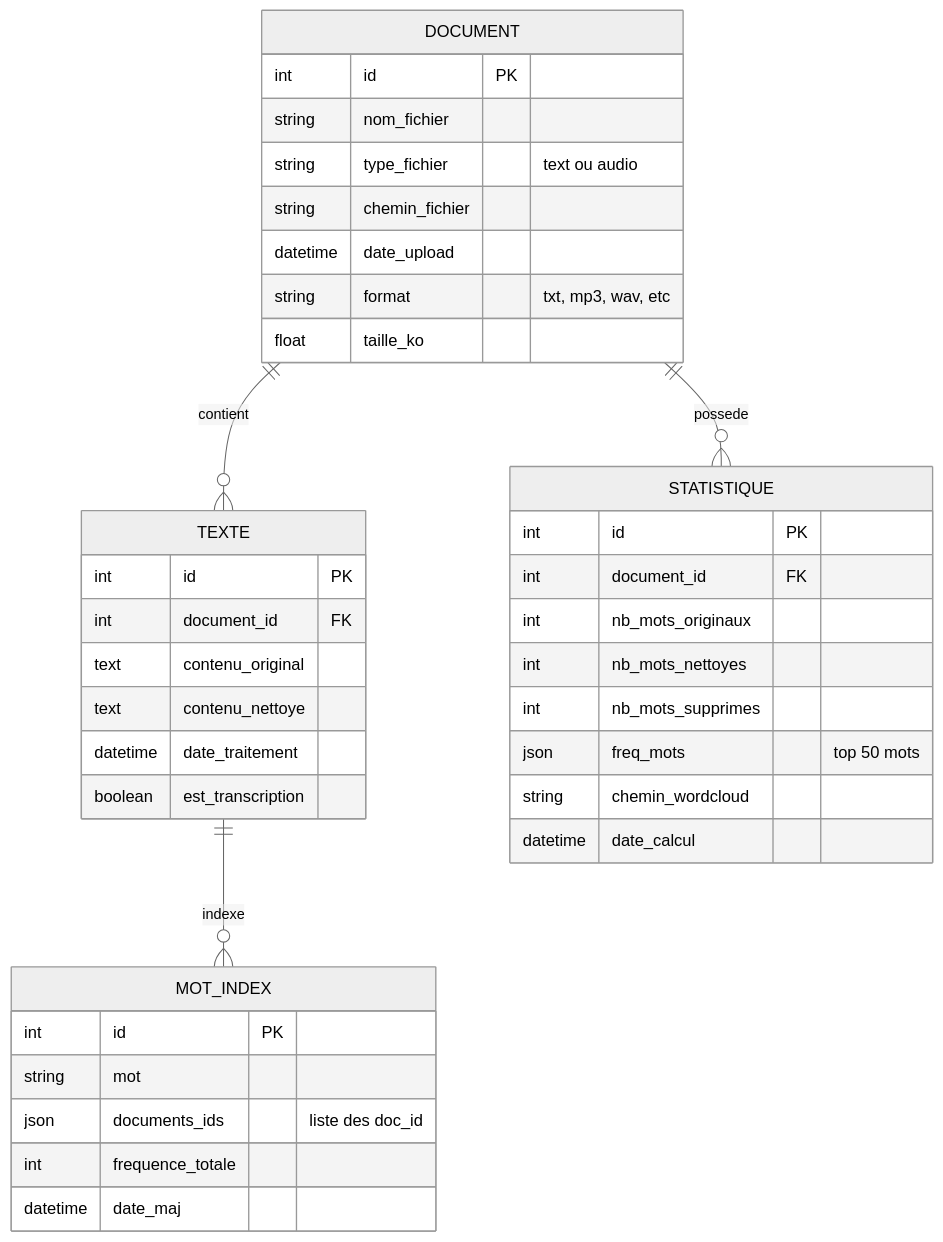
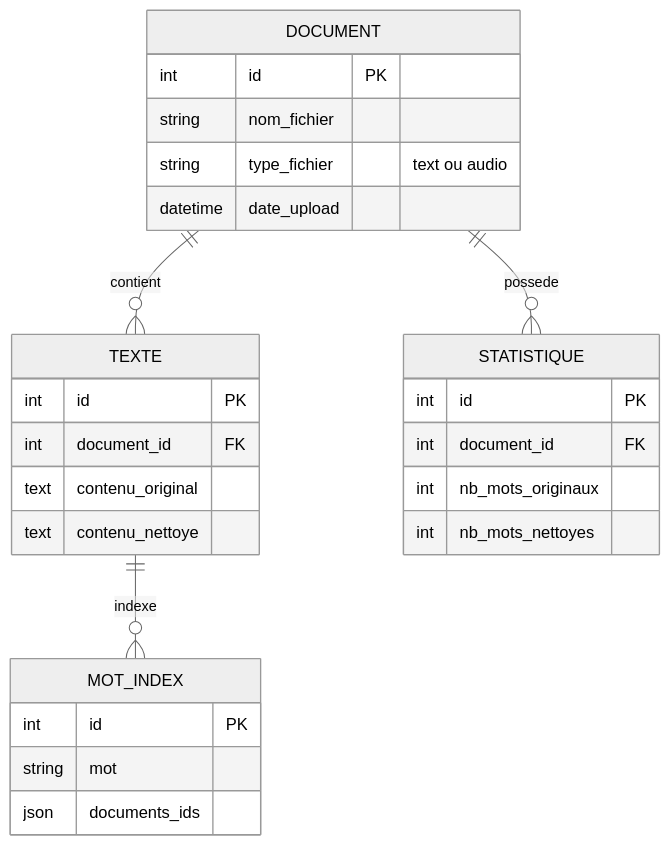
The diagram in README.md (DaSilvaThomas/InsightAI), drawn with Mermaid (neutral theme) before and after one commit.

````diff
--- a/README.md
+++ b/README.md
@@ -69,44 +69,33 @@
 ```mermaid
 erDiagram
     DOCUMENT ||--o{ TEXTE : contient
     DOCUMENT ||--o{ STATISTIQUE : possede
     TEXTE ||--o{ MOT_INDEX : indexe
     
     DOCUMENT {
         int id PK
         string nom_fichier
         string type_fichier "text ou audio"
-        string chemin_fichier
         datetime date_upload
-        string format "txt, mp3, wav, etc"
-        float taille_ko
     }
     
     TEXTE {
         int id PK
         int document_id FK
         text contenu_original
         text contenu_nettoye
-        datetime date_traitement
-        boolean est_transcription
     }
     
     STATISTIQUE {
         int id PK
         int document_id FK
         int nb_mots_originaux
         int nb_mots_nettoyes
-        int nb_mots_supprimes
-        json freq_mots "top 50 mots"
-        string chemin_wordcloud
-        datetime date_calcul
     }
     
     MOT_INDEX {
         int id PK
         string mot
-        json documents_ids "liste des doc_id"
-        int frequence_totale
-        datetime date_maj
+        json documents_ids
     }
 ```
````
